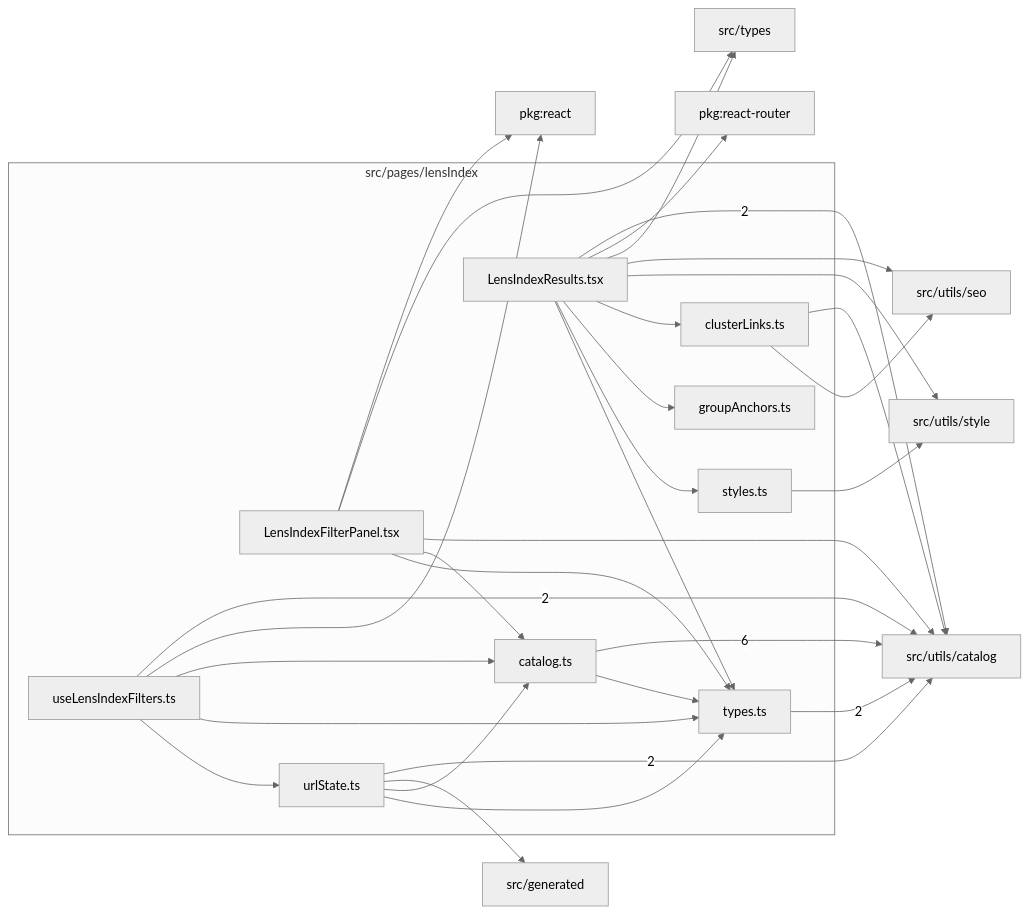
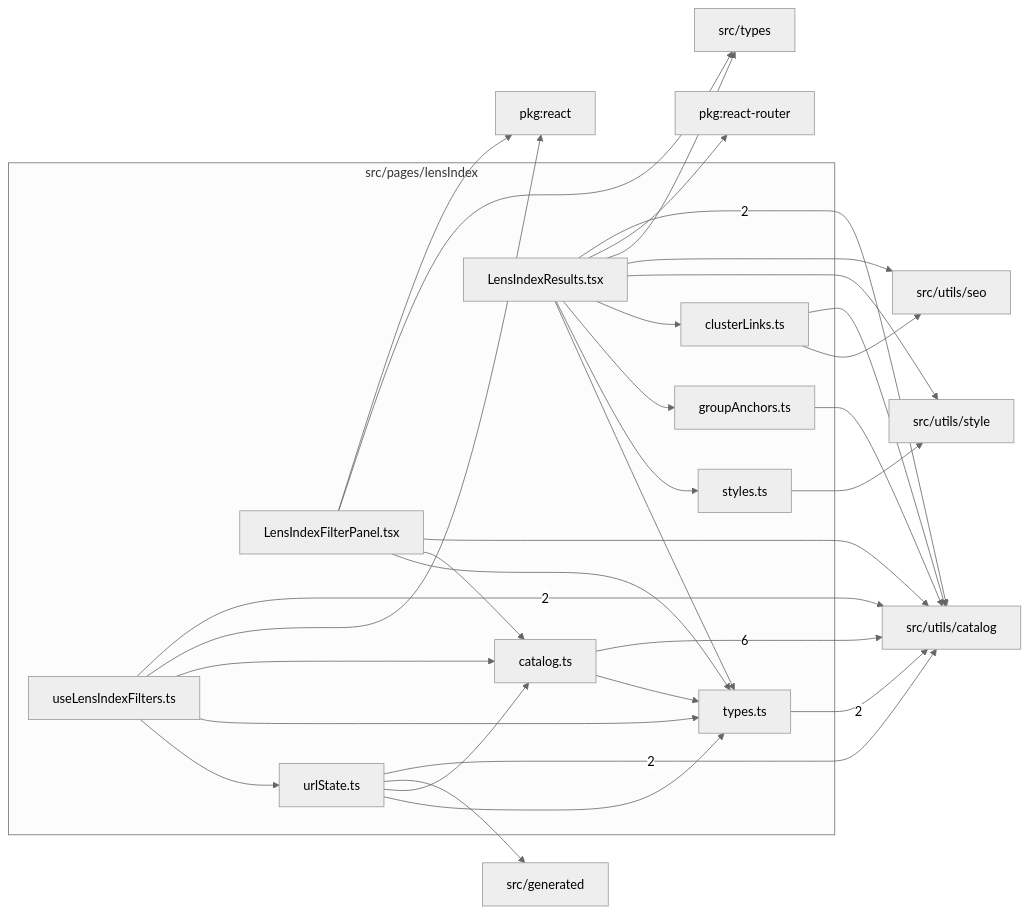
One commit to ronbuening/LensVisualizer changed the diagram in src/pages/lensIndex/readme.md. Above: the diagram before and after it, drawn with Mermaid (neutral theme). The commit also changed other lines of this file and 7 other files, not shown here.

````diff
--- a/src/pages/lensIndex/readme.md
+++ b/src/pages/lensIndex/readme.md
@@ -9,50 +9,51 @@
 ```mermaid
 flowchart LR
   subgraph n_src_pages_lensIndex["src/pages/lensIndex"]
     n_src_pages_lensIndex_src_pages_lensIndex_catalog_ts["catalog.ts"]
     n_src_pages_lensIndex_src_pages_lensIndex_clusterLinks_ts["clusterLinks.ts"]
     n_src_pages_lensIndex_src_pages_lensIndex_groupAnchors_ts["groupAnchors.ts"]
     n_src_pages_lensIndex_src_pages_lensIndex_LensIndexFilterPanel_tsx["LensIndexFilterPanel.tsx"]
     n_src_pages_lensIndex_src_pages_lensIndex_LensIndexResults_tsx["LensIndexResults.tsx"]
     n_src_pages_lensIndex_src_pages_lensIndex_styles_ts["styles.ts"]
     n_src_pages_lensIndex_src_pages_lensIndex_types_ts["types.ts"]
     n_src_pages_lensIndex_src_pages_lensIndex_urlState_ts["urlState.ts"]
     n_src_pages_lensIndex_src_pages_lensIndex_useLensIndexFilters_ts["useLensIndexFilters.ts"]
   end
   n_external_src_utils_catalog["src/utils/catalog"]
   n_external_pkg_react["pkg:react"]
   n_external_pkg_react_router["pkg:react-router"]
   n_external_src_generated["src/generated"]
   n_external_src_types["src/types"]
   n_external_src_utils_seo["src/utils/seo"]
   n_external_src_utils_style["src/utils/style"]
   n_src_pages_lensIndex_src_pages_lensIndex_catalog_ts --> |6| n_external_src_utils_catalog
   n_src_pages_lensIndex_src_pages_lensIndex_LensIndexResults_tsx --> |2| n_external_src_utils_catalog
   n_src_pages_lensIndex_src_pages_lensIndex_types_ts --> |2| n_external_src_utils_catalog
   n_src_pages_lensIndex_src_pages_lensIndex_urlState_ts --> |2| n_external_src_utils_catalog
   n_src_pages_lensIndex_src_pages_lensIndex_useLensIndexFilters_ts --> |2| n_external_src_utils_catalog
   n_src_pages_lensIndex_src_pages_lensIndex_LensIndexFilterPanel_tsx --> n_external_pkg_react
   n_src_pages_lensIndex_src_pages_lensIndex_useLensIndexFilters_ts --> n_external_pkg_react
   n_src_pages_lensIndex_src_pages_lensIndex_LensIndexResults_tsx --> n_external_pkg_react_router
   n_src_pages_lensIndex_src_pages_lensIndex_urlState_ts --> n_external_src_generated
   n_src_pages_lensIndex_src_pages_lensIndex_LensIndexFilterPanel_tsx --> n_external_src_types
   n_src_pages_lensIndex_src_pages_lensIndex_LensIndexResults_tsx --> n_external_src_types
   n_src_pages_lensIndex_src_pages_lensIndex_clusterLinks_ts --> n_external_src_utils_catalog
+  n_src_pages_lensIndex_src_pages_lensIndex_groupAnchors_ts --> n_external_src_utils_catalog
   n_src_pages_lensIndex_src_pages_lensIndex_LensIndexFilterPanel_tsx --> n_external_src_utils_catalog
   n_src_pages_lensIndex_src_pages_lensIndex_clusterLinks_ts --> n_external_src_utils_seo
   n_src_pages_lensIndex_src_pages_lensIndex_LensIndexResults_tsx --> n_external_src_utils_seo
   n_src_pages_lensIndex_src_pages_lensIndex_LensIndexResults_tsx --> n_external_src_utils_style
   n_src_pages_lensIndex_src_pages_lensIndex_styles_ts --> n_external_src_utils_style
   n_src_pages_lensIndex_src_pages_lensIndex_LensIndexFilterPanel_tsx --> n_src_pages_lensIndex_src_pages_lensIndex_catalog_ts
   n_src_pages_lensIndex_src_pages_lensIndex_urlState_ts --> n_src_pages_lensIndex_src_pages_lensIndex_catalog_ts
   n_src_pages_lensIndex_src_pages_lensIndex_useLensIndexFilters_ts --> n_src_pages_lensIndex_src_pages_lensIndex_catalog_ts
   n_src_pages_lensIndex_src_pages_lensIndex_LensIndexResults_tsx --> n_src_pages_lensIndex_src_pages_lensIndex_clusterLinks_ts
   n_src_pages_lensIndex_src_pages_lensIndex_LensIndexResults_tsx --> n_src_pages_lensIndex_src_pages_lensIndex_groupAnchors_ts
   n_src_pages_lensIndex_src_pages_lensIndex_LensIndexResults_tsx --> n_src_pages_lensIndex_src_pages_lensIndex_styles_ts
   n_src_pages_lensIndex_src_pages_lensIndex_catalog_ts --> n_src_pages_lensIndex_src_pages_lensIndex_types_ts
   n_src_pages_lensIndex_src_pages_lensIndex_LensIndexFilterPanel_tsx --> n_src_pages_lensIndex_src_pages_lensIndex_types_ts
   n_src_pages_lensIndex_src_pages_lensIndex_LensIndexResults_tsx --> n_src_pages_lensIndex_src_pages_lensIndex_types_ts
   n_src_pages_lensIndex_src_pages_lensIndex_urlState_ts --> n_src_pages_lensIndex_src_pages_lensIndex_types_ts
   n_src_pages_lensIndex_src_pages_lensIndex_useLensIndexFilters_ts --> n_src_pages_lensIndex_src_pages_lensIndex_types_ts
   n_src_pages_lensIndex_src_pages_lensIndex_useLensIndexFilters_ts --> n_src_pages_lensIndex_src_pages_lensIndex_urlState_ts
 ```
````
